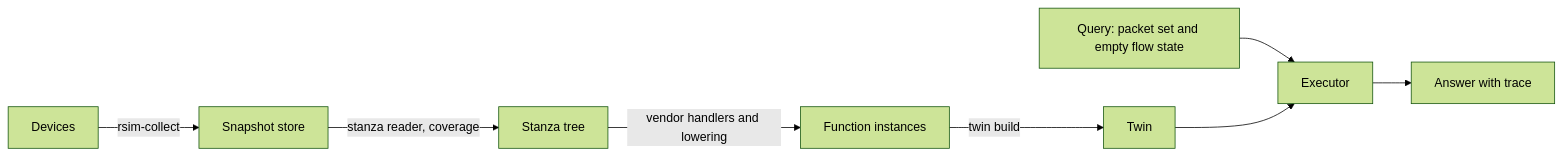
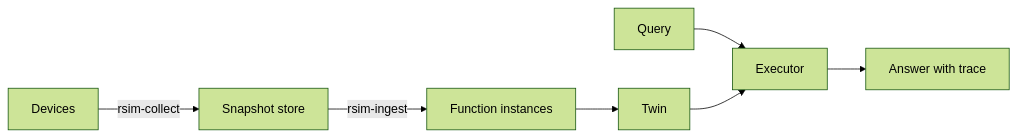
One commit to AlectoTheFirst/RSIM changed the diagram in README.md. Above: the diagram before and after it, drawn with Mermaid (forest theme). The commit also changed other lines of this file, not shown here.

````diff
--- a/README.md
+++ b/README.md
@@ -29,10 +7,9 @@
 ```mermaid
 flowchart LR
   D[Devices] -->|rsim-collect| S[Snapshot store]
-  S -->|stanza reader, coverage| T[Stanza tree]
-  T -->|vendor handlers and lowering| F[Function instances]
-  F -->|twin build| W[Twin]
-  Q[Query: packet set and empty flow state] --> X[Executor]
+  S -->|rsim-ingest| F[Function instances]
+  F --> W[Twin]
+  Q[Query] --> X[Executor]
   W --> X
   X --> A[Answer with trace]
 ```
````
